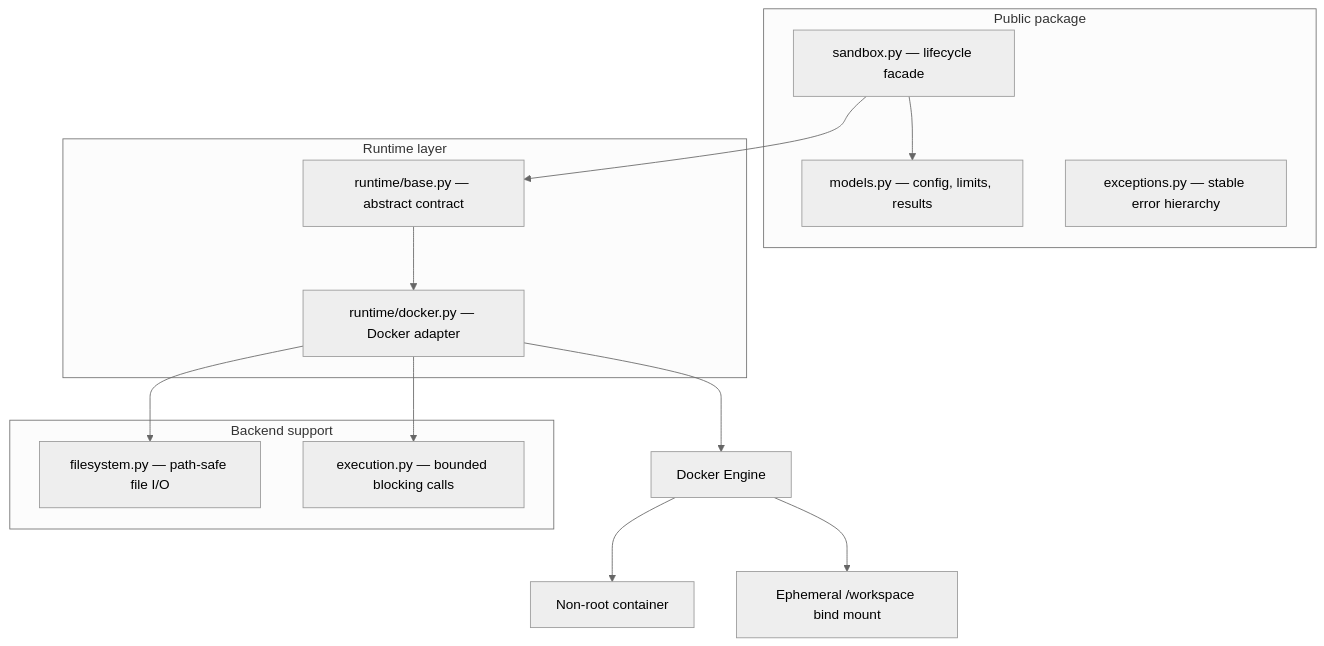
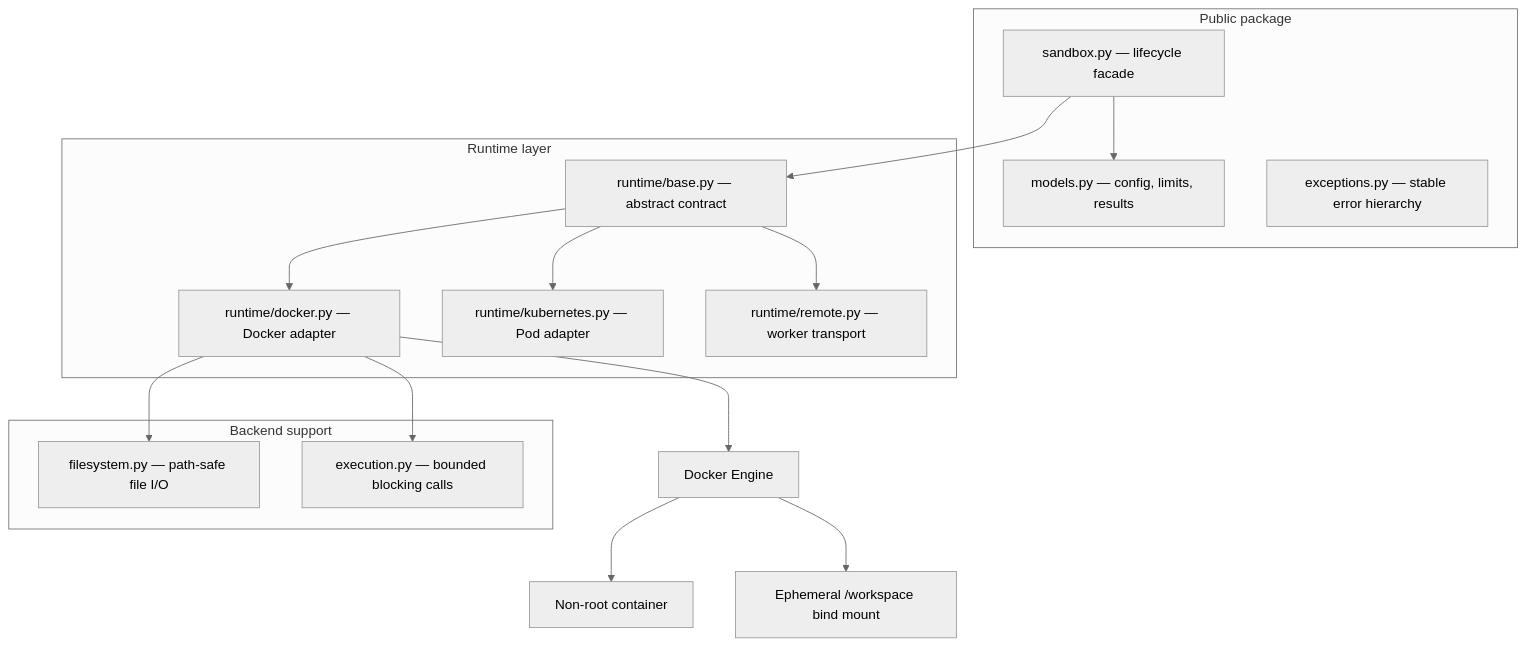
Before and after one commit to mihirahuja1/agentnestOSS: the first of 2 diagrams in docs/architecture.md, drawn with Mermaid (neutral theme). The commit also changed other lines of this file and 59 other files, not shown here.

````diff
--- a/docs/architecture.md
+++ b/docs/architecture.md
@@ -9,27 +9,31 @@
 ```mermaid
 flowchart TB
     subgraph Public["Public package"]
         Sandbox["sandbox.py — lifecycle facade"]
         Results["models.py — config, limits, results"]
         Errors["exceptions.py — stable error hierarchy"]
     end
 
     subgraph Runtime["Runtime layer"]
         Base["runtime/base.py — abstract contract"]
         Docker["runtime/docker.py — Docker adapter"]
+        K8s["runtime/kubernetes.py — Pod adapter"]
+        Remote["runtime/remote.py — worker transport"]
     end
 
     subgraph Support["Backend support"]
         Files["filesystem.py — path-safe file I/O"]
         Deadline["execution.py — bounded blocking calls"]
     end
 
     Sandbox --> Base
     Sandbox --> Results
     Base --> Docker
+    Base --> K8s
+    Base --> Remote
     Docker --> Files
     Docker --> Deadline
     Docker --> Daemon["Docker Engine"]
     Daemon --> Isolate["Non-root container"]
     Daemon --> Mount["Ephemeral /workspace bind mount"]
 ```
````
